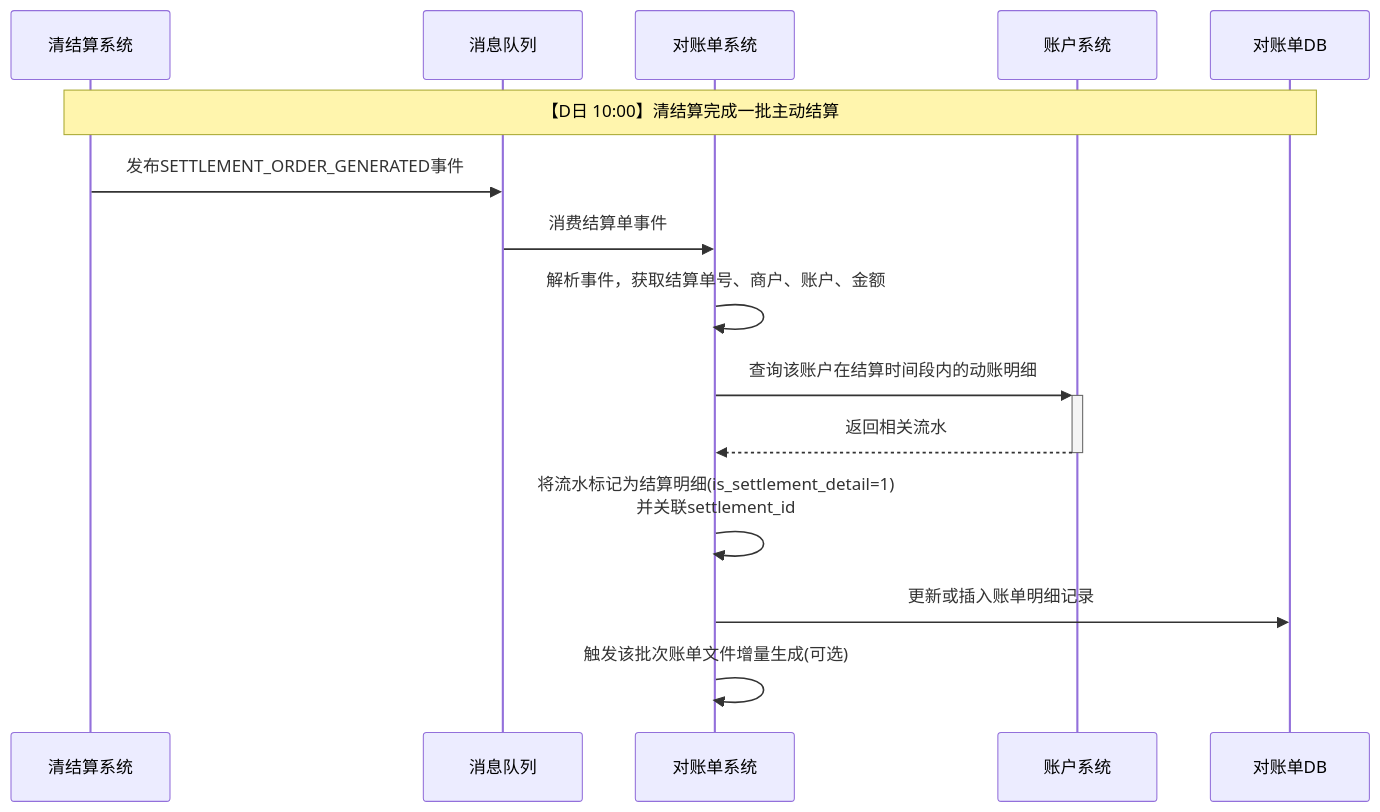
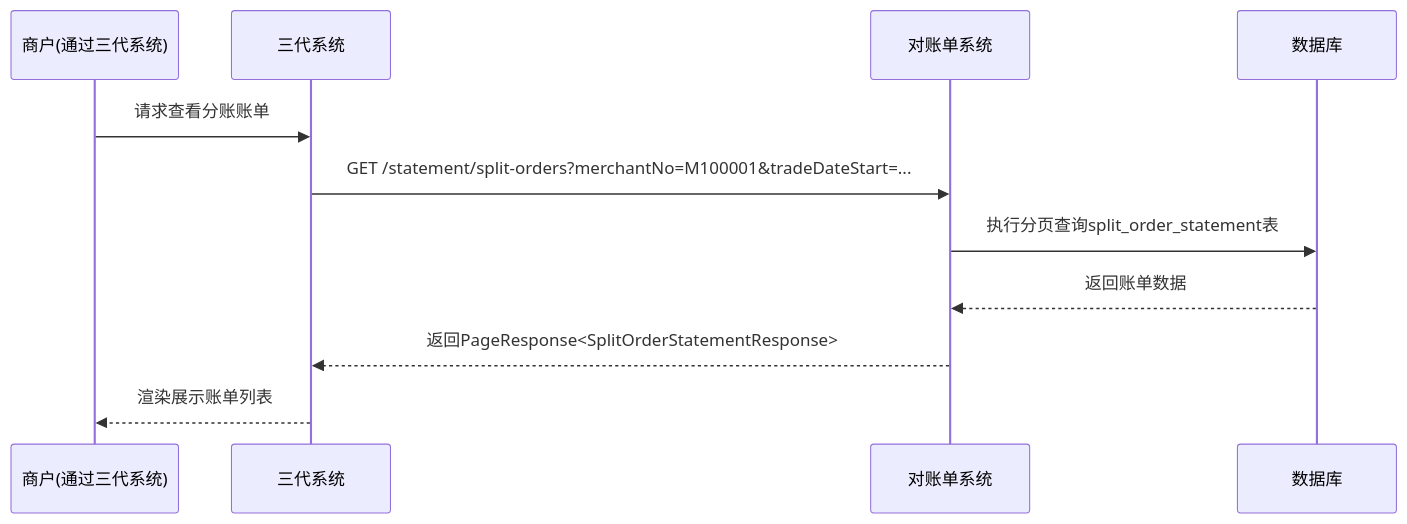
The third of 3 diagrams in data/天财分账需求/gpt-5.2/workspace/02_modules/module_对账单系统.md (youzi211/AiCoding), drawn with Mermaid before and after one commit. The commit also changed other lines of this file and 29 other files, not shown here.

````diff
--- a/data/天财分账需求/gpt-5.2/workspace/02_modules/module_对账单系统.md
+++ b/data/天财分账需求/gpt-5.2/workspace/02_modules/module_对账单系统.md
@@ -641,23 +366,14 @@
 ```mermaid
 sequenceDiagram
-    participant Settle as 清结算系统
-    participant MQ as 消息队列
-    participant Statement as 对账单系统
-    participant Account as 账户系统
-    participant DB as 对账单DB
+    participant M as 商户(通过三代系统)
+    participant C as 三代系统
+    participant BS as 对账单系统
+    participant DB as 数据库
 
-    Note over Settle, DB: 【D日 10:00】清结算完成一批主动结算
-    Settle->>MQ: 发布SETTLEMENT_ORDER_GENERATED事件
-    MQ->>Statement: 消费结算单事件
-    
-    Statement->>Statement: 解析事件，获取结算单号、商户、账户、金额
-    
-    Statement->>+Account: 查询该账户在结算时间段内的动账明细
-    Account-->>-Statement: 返回相关流水
-    
-    Statement->>Statement: 将流水标记为结算明细(is_settlement_detail=1)<br/>并关联settlement_id
-    
-    Statement->>DB: 更新或插入账单明细记录
-    
-    Statement->>Statement: 触发该批次账单文件增量生成(可选)
+    M->>C: 请求查看分账账单
+    C->>BS: GET /statement/split-orders?merchantNo=M100001&tradeDateStart=...
+    BS->>DB: 执行分页查询split_order_statement表
+    DB-->>BS: 返回账单数据
+    BS-->>C: 返回PageResponse<SplitOrderStatementResponse>
+    C-->>M: 渲染展示账单列表
 ```
````
